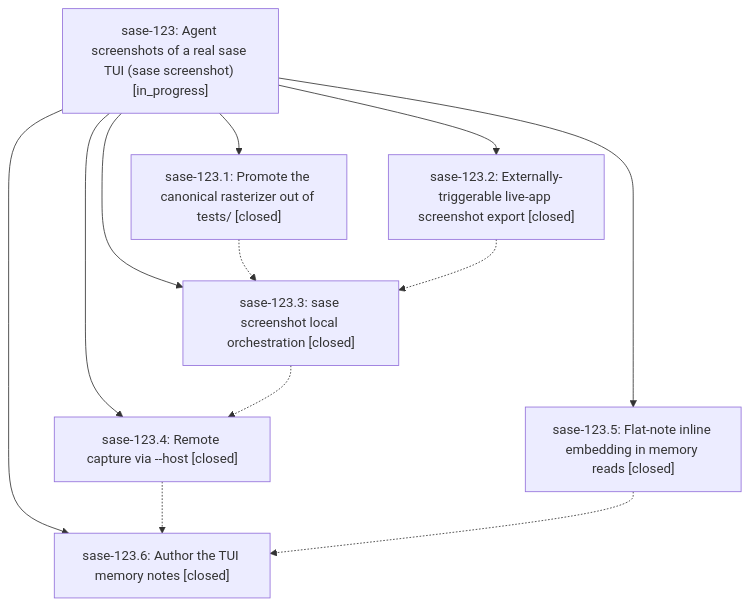
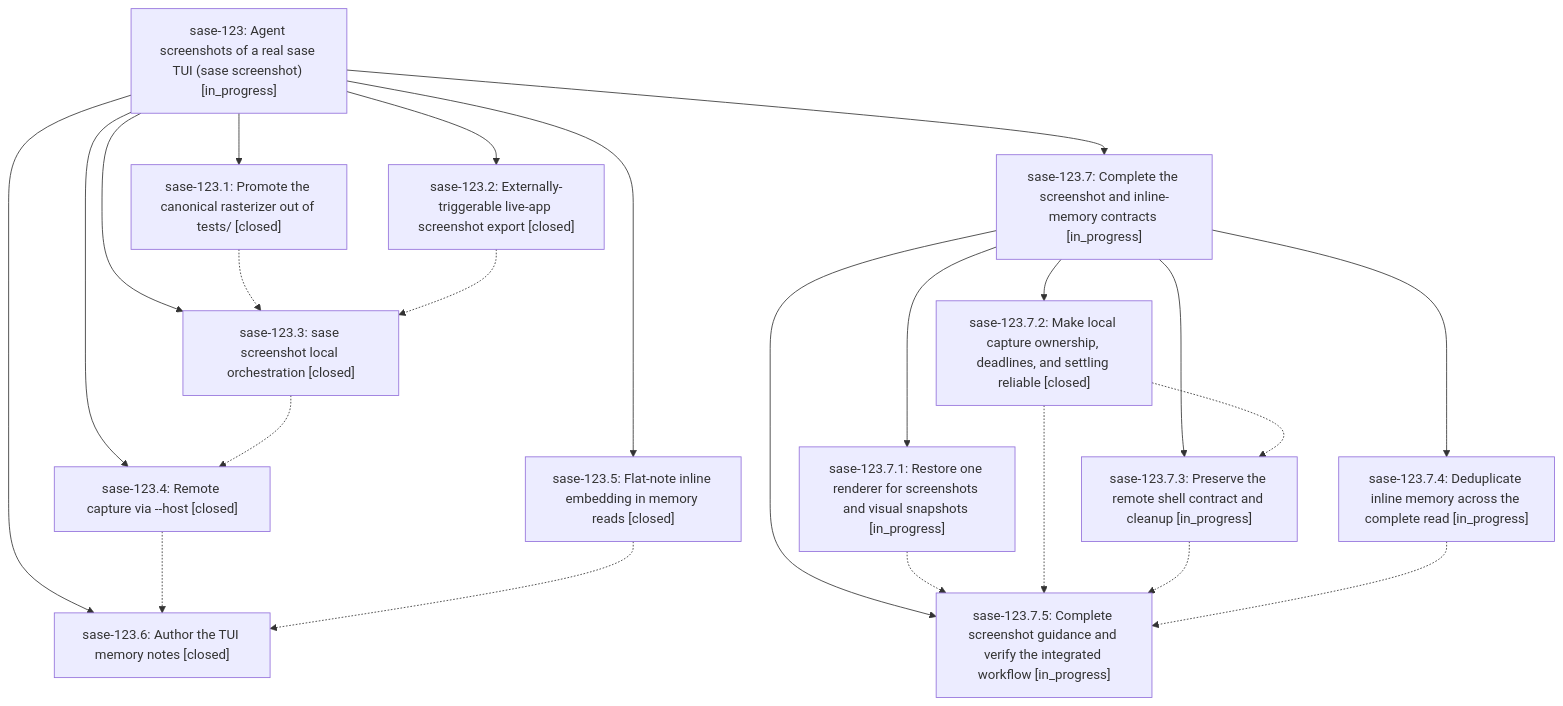
Before and after one commit to sase-org/sase--beads: the diagram in pages/sase-123/README.md, drawn with Mermaid. The commit also changed other lines of this file and 6 other files, not shown here.

````diff
--- a/pages/sase-123/README.md
+++ b/pages/sase-123/README.md
@@ -45,21 +55,38 @@
 ```mermaid
 flowchart TD
     n0["sase-123: Agent screenshots of a real sase TUI (sase screenshot) [in_progress]"]
     n1["sase-123.1: Promote the canonical rasterizer out of tests/ [closed]"]
     n2["sase-123.2: Externally-triggerable live-app screenshot export [closed]"]
     n3["sase-123.3: sase screenshot local orchestration [closed]"]
     n4["sase-123.4: Remote capture via --host [closed]"]
     n5["sase-123.5: Flat-note inline embedding in memory reads [closed]"]
     n6["sase-123.6: Author the TUI memory notes [closed]"]
+    n7["sase-123.7: Complete the screenshot and inline-memory contracts [in_progress]"]
+    n8["sase-123.7.1: Restore one renderer for screenshots and visual snapshots [in_progress]"]
+    n9["sase-123.7.2: Make local capture ownership, deadlines, and settling reliable [closed]"]
+    n10["sase-123.7.3: Preserve the remote shell contract and cleanup [in_progress]"]
+    n11["sase-123.7.4: Deduplicate inline memory across the complete read [in_progress]"]
+    n12["sase-123.7.5: Complete screenshot guidance and verify the integrated workflow [in_progress]"]
     n0 --> n1
     n0 --> n2
     n0 --> n3
     n0 --> n4
     n0 --> n5
     n0 --> n6
+    n0 --> n7
+    n7 --> n8
+    n7 --> n9
+    n7 --> n10
+    n7 --> n11
+    n7 --> n12
     n1 -.-> n3
     n2 -.-> n3
     n3 -.-> n4
     n4 -.-> n6
     n5 -.-> n6
+    n8 -.-> n12
+    n9 -.-> n10
+    n9 -.-> n12
+    n10 -.-> n12
+    n11 -.-> n12
 ```
````
